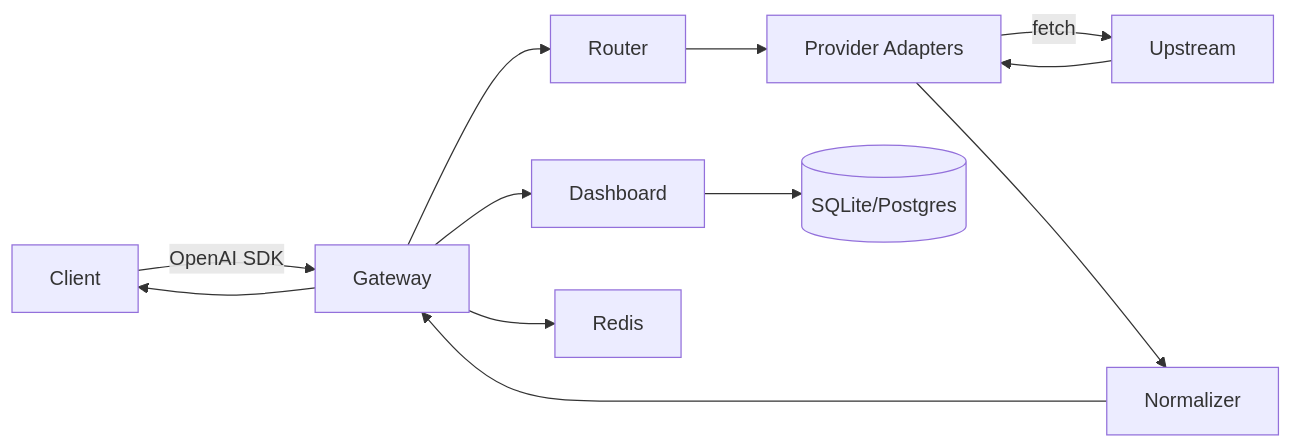
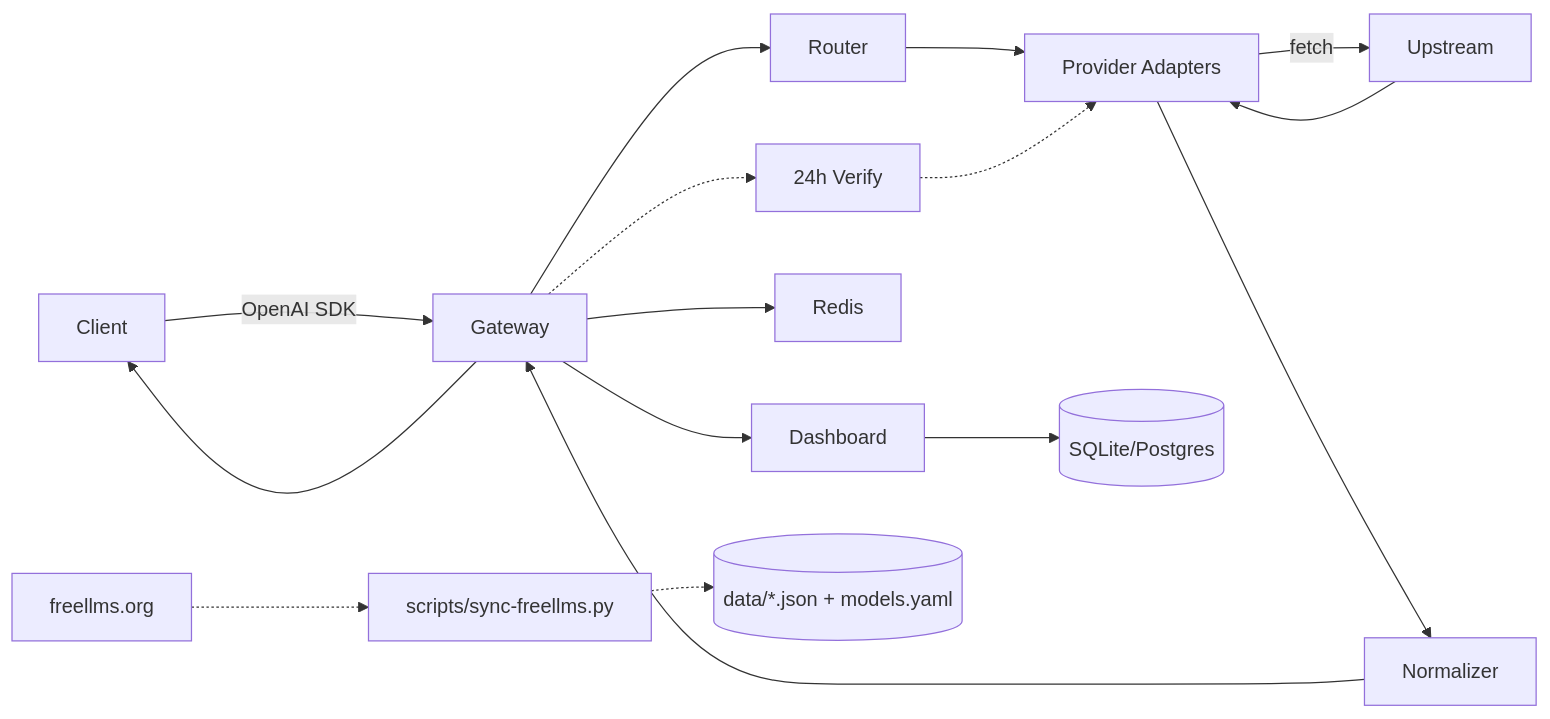
One commit to nbhson/app-auto-llm-free changed the diagram in docs/ARCHITECTURE.md. Above: the diagram before and after it, drawn with Mermaid. The commit also changed other lines of this file and 7 other files, not shown here.

First line of the commit message:
docs: update all docs for 30 providers / 316 models / 24h live verify

````diff
--- a/docs/ARCHITECTURE.md
+++ b/docs/ARCHITECTURE.md
@@ -7,12 +7,16 @@
 ```mermaid
 flowchart LR
   Client -->|OpenAI SDK| Gateway
   Gateway --> Router
   Router --> PA[Provider Adapters]
   PA -->|fetch| Upstream
   Upstream --> PA
   PA --> Normalizer --> Gateway --> Client
   Gateway --> Dashboard
   Dashboard --> DB[(SQLite/Postgres)]
   Gateway --> Redis
+  Gateway -.-> Scheduler[24h Verify]
+  Scheduler -.-> PA
+  freellms.org -.-> Sync[scripts/sync-freellms.py]
+  Sync -.-> Data[(data/*.json + models.yaml)]
 ```
````
